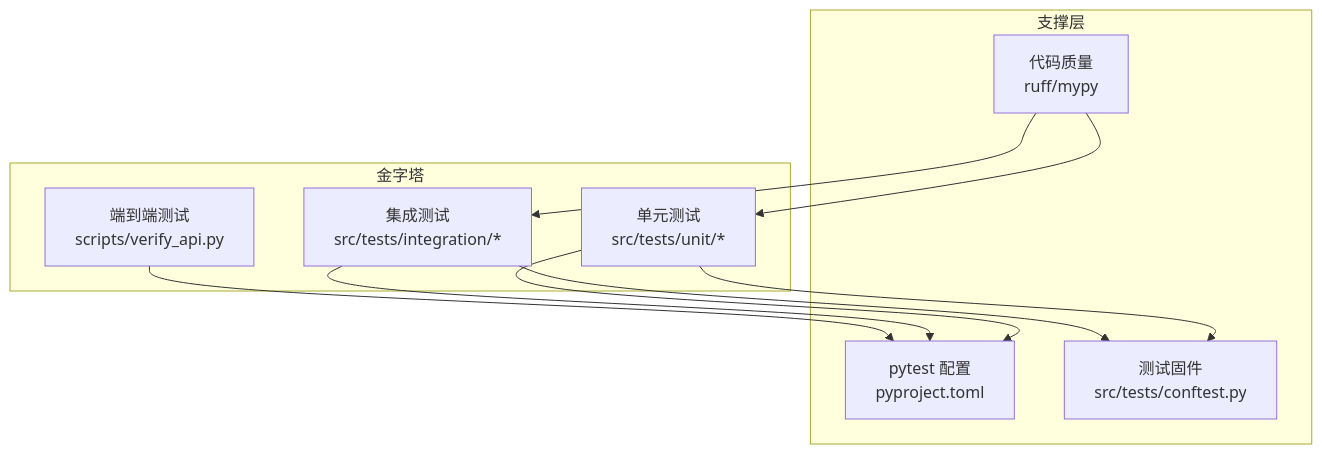
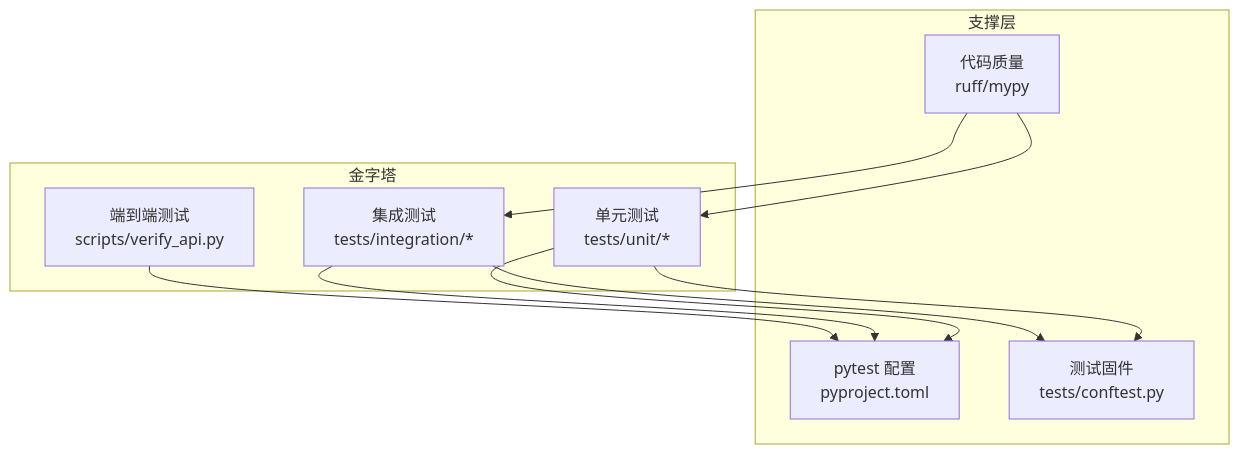
One commit to taoweidong/Hello-FastApi changed the second of 6 diagrams in .qoder/repowiki/zh/content/测试策略/测试策略.md. Above: the diagram before and after it, drawn with Mermaid. The commit also changed other lines of this file and 7 other files, not shown here.

````diff
--- a/.qoder/repowiki/zh/content/测试策略/测试策略.md
+++ b/.qoder/repowiki/zh/content/测试策略/测试策略.md
@@ -99,20 +105,20 @@
 ```mermaid
 graph TB
 subgraph "金字塔"
-A["单元测试<br/>src/tests/unit/*"]
-B["集成测试<br/>src/tests/integration/*"]
+A["单元测试<br/>tests/unit/*"]
+B["集成测试<br/>tests/integration/*"]
 C["端到端测试<br/>scripts/verify_api.py"]
 end
 subgraph "支撑层"
 T["pytest 配置<br/>pyproject.toml"]
-F["测试固件<br/>src/tests/conftest.py"]
+F["测试固件<br/>tests/conftest.py"]
 Q["代码质量<br/>ruff/mypy"]
 end
 A --> T
 B --> T
 C --> T
 A --> F
 B --> F
 Q --> A
 Q --> B
 ```
````
